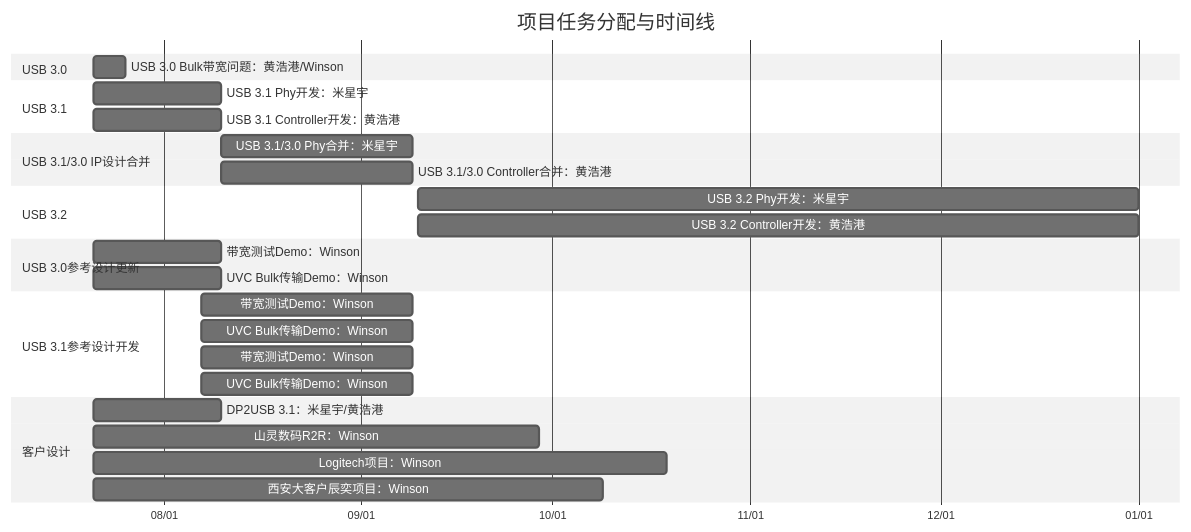
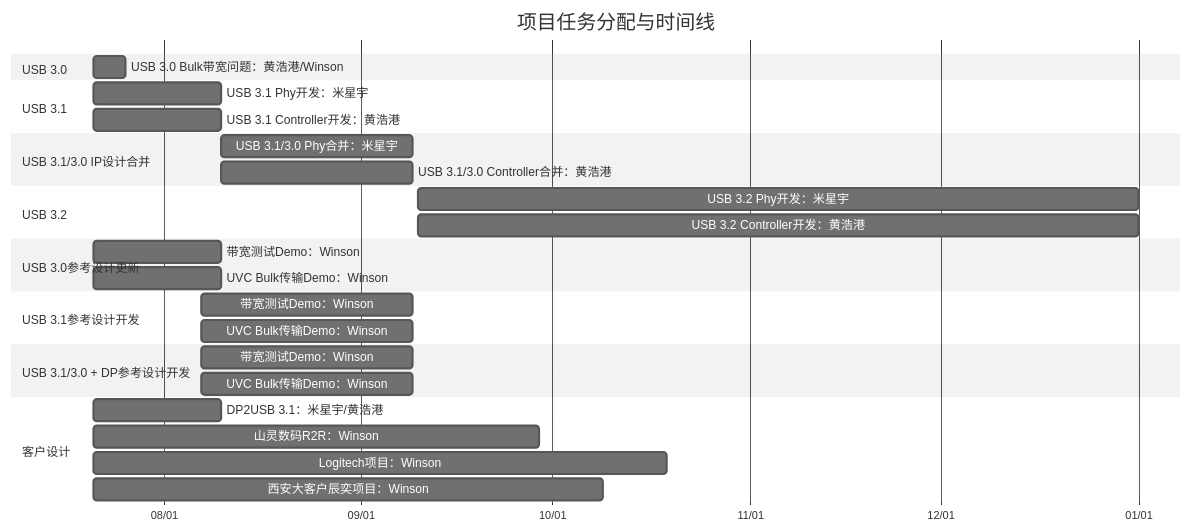
One commit to winsonbook/iodraw-files changed the diagram in all/未命名.md. Above: the diagram before and after it, drawn with Mermaid (neutral theme).

Commit message:
2025-07-21 10:19:58 update

````diff
--- a/all/未命名.md
+++ b/all/未命名.md
@@ -1,39 +1,39 @@
 ```mermaid
 gantt
     title 项目任务分配与时间线
     dateFormat  YYYY-MM-DD
     axisFormat  %m/%d
 
     section USB 3.0
     USB 3.0 Bulk带宽问题：黄浩港/Winson   :    task1, 2025-07-21, 5d
 
     section USB 3.1
     USB 3.1 Phy开发：米星宇      :         task2, 2025-07-21, 20d
     USB 3.1 Controller开发：黄浩港      :  task3, 2025-07-21, 20d
 
     section USB 3.1/3.0 IP设计合并
     USB 3.1/3.0 Phy合并：米星宇       :    task4, 2025-08-10, 30d
     USB 3.1/3.0 Controller合并：黄浩港:    task5, 2025-08-10, 30d
 
     section USB 3.2
     USB 3.2 Phy开发：米星宇      :         task2, 2025-09-10, 113d
     USB 3.2 Controller开发：黄浩港      :  task3, 2025-09-10, 113d
 
     section USB 3.0参考设计更新
     带宽测试Demo：Winson       :         task6, 2025-07-21, 20d
     UVC Bulk传输Demo：Winson   :        task7, 2025-07-21, 20d
 
     section USB 3.1参考设计开发
     带宽测试Demo：Winson       :         task8, 2025-08-07, 33d
     UVC Bulk传输Demo：Winson   :         task9, 2025-08-07, 33d
 
-    section USB 3.1参考设计开发
+    section USB 3.1/3.0 + DP参考设计开发
     带宽测试Demo：Winson       :         task8, 2025-08-07, 33d
     UVC Bulk传输Demo：Winson   :         task9, 2025-08-07, 33d
 
     section 客户设计
     DP2USB 3.1：米星宇/黄浩港      :task10, 2025-07-21, 20d
     山灵数码R2R：Winson :             task11, 2025-07-21, 70d
     Logitech项目：Winson :            task12, 2025-07-21, 90d
     西安大客户辰奕项目：Winson :       task13, 2025-07-21, 80d
 ```
````
